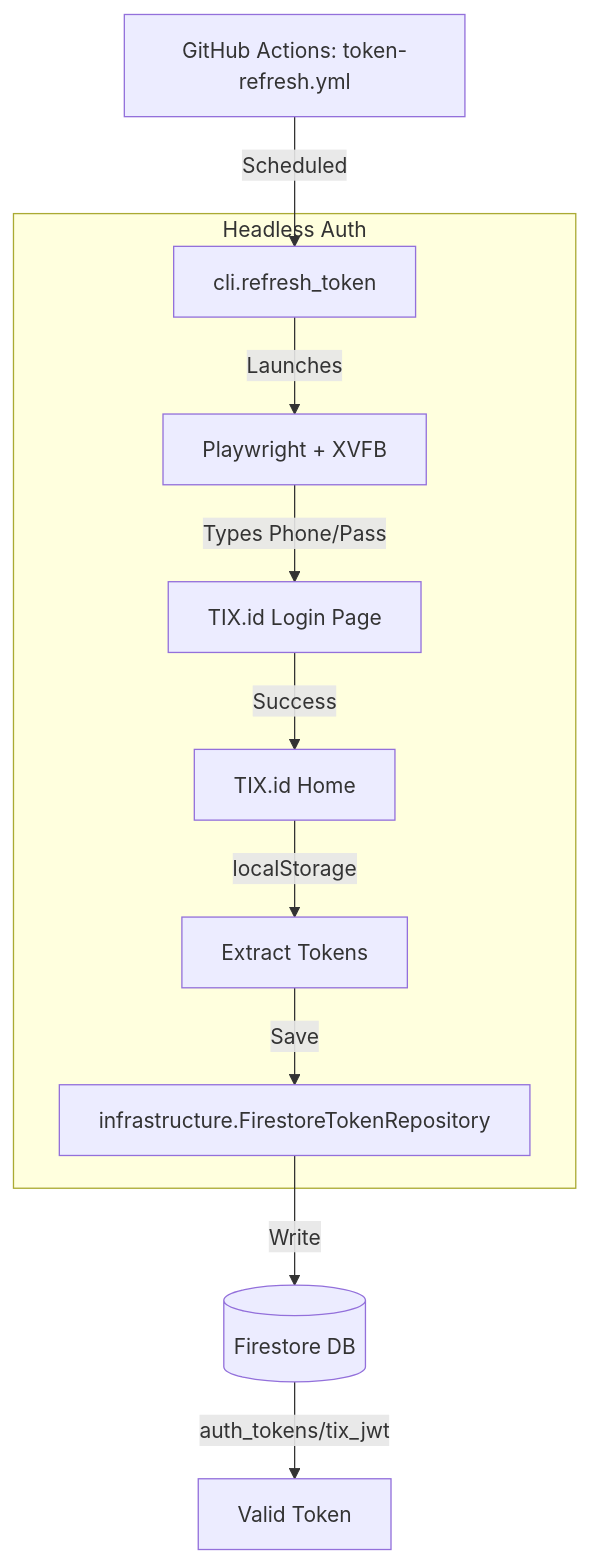
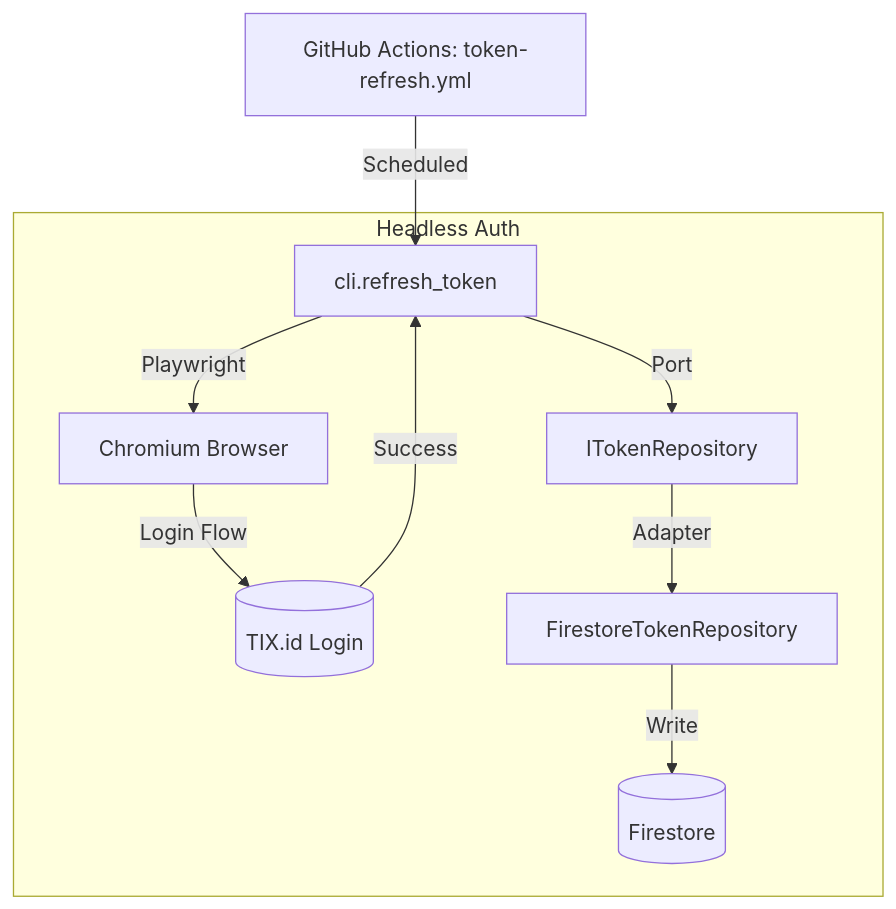
Before and after one commit to okihita/CineRadar: the fourth of 4 diagrams in backend/README.md, drawn with Mermaid. The commit also changed other lines of this file and 5 other files, not shown here.

Commit message:
docs: comprehensive architectural documentation and call graphs

````diff
--- a/backend/README.md
+++ b/backend/README.md
@@ -59,16 +103,14 @@
 ```mermaid
 flowchart TD
-    GH[GitHub Actions: token-refresh.yml] -->|Scheduled| CLI[cli.refresh_token]
+    GH[GitHub Actions: token-refresh.yml] -->|Scheduled| RTC[cli.refresh_token]
     
     subgraph "Headless Auth"
-        CLI -->|Launches| PW[Playwright + XVFB]
-        PW -->|Types Phone/Pass| LOGIN[TIX.id Login Page]
-        LOGIN -->|Success| HOME[TIX.id Home]
+        RTC -->|Playwright| PW[Chromium Browser]
+        PW -->|Login Flow| TIX[(TIX.id Login)]
+        TIX -->|Success| RTC
         
-        HOME -->|localStorage| EXTRACT[Extract Tokens]
-        EXTRACT -->|Save| FREPO[infrastructure.FirestoreTokenRepository]
+        RTC -->|Port| TR[ITokenRepository]
+        TR -->|Adapter| FTR[FirestoreTokenRepository]
+        FTR -->|Write| FS[(Firestore)]
     end
-    
-    FREPO -->|Write| FS[(Firestore DB)]
-    FS -->|auth_tokens/tix_jwt| TOKEN[Valid Token]
 ```
````
